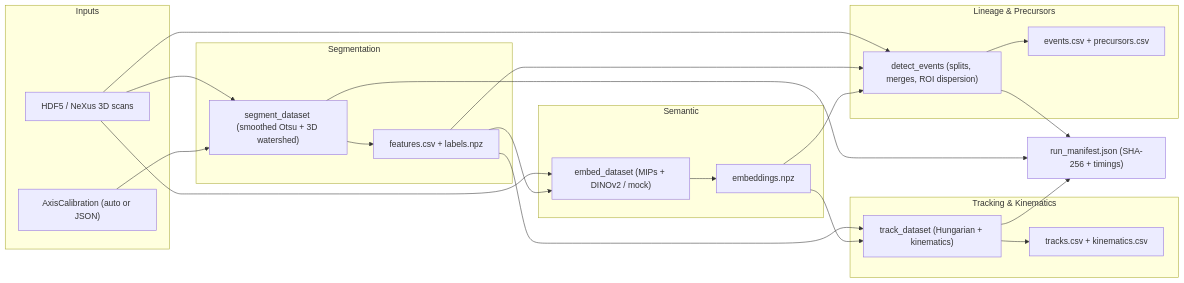
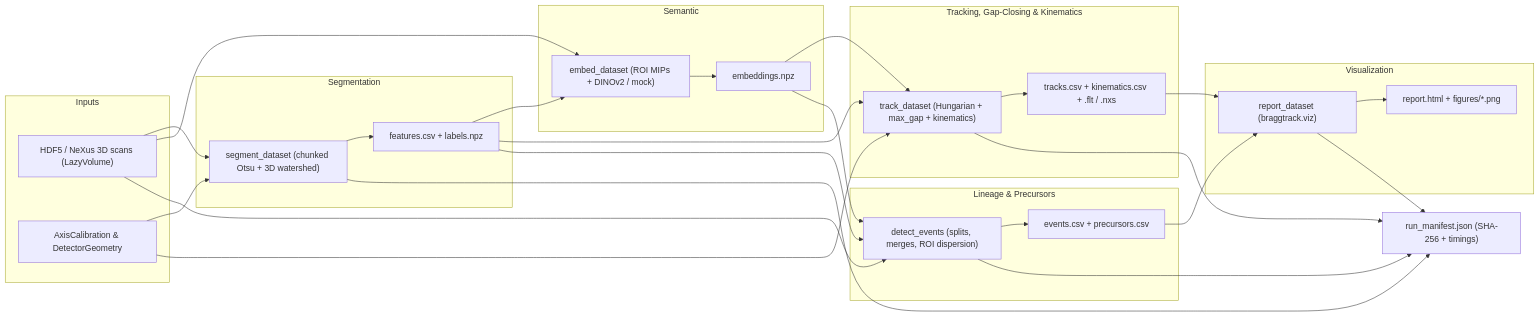
The diagram in docs/architecture.md (BASE-Laboratory/BraggTrack), drawn with Mermaid before and after one commit. The commit also changed other lines of this file and 46 other files, not shown here.

Commit message:
feat(v0.3.0): multi-scan gap closing, lazy HDF5 streaming, 4D HTML explorer, ImageD11/NeXus exports, and DINOv2 benchmarks

````diff
--- a/docs/architecture.md
+++ b/docs/architecture.md
@@ -38,40 +40,48 @@
 ```mermaid
 flowchart LR
   subgraph inputs["Inputs"]
-    H5["HDF5 / NeXus 3D scans"]
-    CAL["AxisCalibration (auto or JSON)"]
+    H5["HDF5 / NeXus 3D scans (LazyVolume)"]
+    CAL["AxisCalibration & DetectorGeometry"]
   end
   subgraph seg["Segmentation"]
-    SEG["segment_dataset (smoothed Otsu + 3D watershed)"]
+    SEG["segment_dataset (chunked Otsu + 3D watershed)"]
     FEAT["features.csv + labels.npz"]
   end
   subgraph sem["Semantic"]
-    EMB["embed_dataset (MIPs + DINOv2 / mock)"]
+    EMB["embed_dataset (ROI MIPs + DINOv2 / mock)"]
     NPZ["embeddings.npz"]
   end
-  subgraph trk["Tracking & Kinematics"]
-    TRK["track_dataset (Hungarian + kinematics)"]
-    KIN["tracks.csv + kinematics.csv"]
+  subgraph trk["Tracking, Gap-Closing & Kinematics"]
+    TRK["track_dataset (Hungarian + max_gap + kinematics)"]
+    KIN["tracks.csv + kinematics.csv + .flt / .nxs"]
   end
   subgraph evt["Lineage & Precursors"]
     EVT["detect_events (splits, merges, ROI dispersion)"]
     OUT["events.csv + precursors.csv"]
+  end
+  subgraph rep["Visualization"]
+    REP["report_dataset (braggtrack.viz)"]
+    HTML["report.html + figures/*.png"]
   end
   MAN["run_manifest.json (SHA-256 + timings)"]
 
   H5 --> SEG
   CAL --> SEG
   SEG --> FEAT
   H5 --> EMB
   FEAT --> EMB --> NPZ
   FEAT --> TRK
+  CAL --> TRK
   NPZ --> TRK
   TRK --> KIN
   H5 --> EVT
   FEAT --> EVT
   NPZ --> EVT
   EVT --> OUT
+  KIN --> REP
+  OUT --> REP --> HTML
   SEG --> MAN
   TRK --> MAN
   EVT --> MAN
+  REP --> MAN
 ```
````
